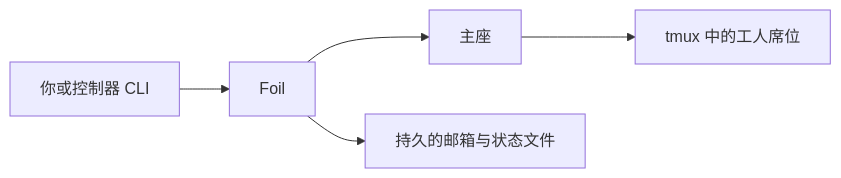
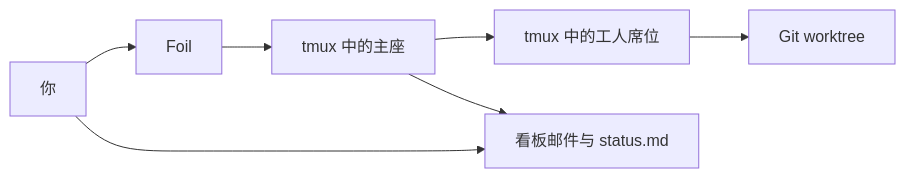
The diagram in README.zh-CN.md (TiantianFlow/foil), drawn with Mermaid before and after one commit. The commit also changed other lines of this file and 13 other files, not shown here.

````diff
--- a/README.zh-CN.md
+++ b/README.zh-CN.md
@@ -25,7 +13,9 @@
 ```mermaid
 flowchart LR
-  operator[你或控制器 CLI] --> foil[Foil]
-  foil --> lead[主座]
+  you[你] --> foil[Foil]
+  foil --> lead[tmux 中的主座]
   lead --> workers[tmux 中的工人席位]
-  foil --> files[持久的邮箱与状态文件]
+  workers --> trees[Git worktree]
+  lead --> board[看板邮件与 status.md]
+  you --> board
 ```
````
